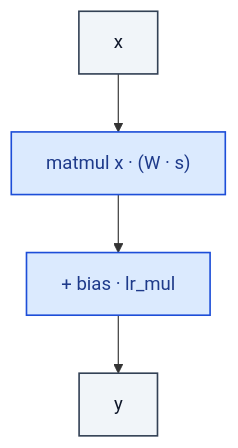
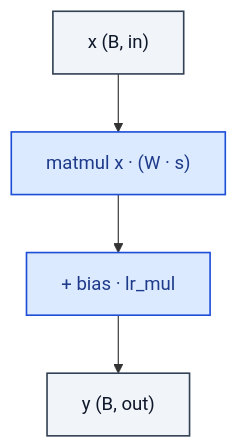
One commit to RealityShifts/Srivastava-book-of-Blocks-diagrams changed the diagram in gan/EqualLinear.md. Above: the diagram before and after it, drawn with Mermaid. The commit also changed 123 other files, not shown here.

````diff
--- a/gan/EqualLinear.md
+++ b/gan/EqualLinear.md
@@ -7,19 +7,20 @@
 ```mermaid
 flowchart TD
-    n0_0["x"]:::io
+    n0_0["x  (B, in)"]:::io
     n1_0["matmul  x · (W · s)"]:::op
     n2_0["+ bias · lr_mul"]:::op
-    n3_0["y"]:::io
+    n3_0["y  (B, out)"]:::io
     n0_0 --> n1_0
     n1_0 --> n2_0
     n2_0 --> n3_0
     classDef io fill:#f1f5f9,stroke:#334155,stroke-width:1.4px,color:#0f172a
     classDef op fill:#dbeafe,stroke:#1d4ed8,stroke-width:1.4px,color:#1e3a8a
     classDef norm fill:#dcfce7,stroke:#15803d,stroke-width:1.4px,color:#14532d
     classDef act fill:#ffedd5,stroke:#c2410c,stroke-width:1.4px,color:#7c2d12
     classDef attn fill:#ede9fe,stroke:#6d28d9,stroke-width:1.4px,color:#4c1d95
     classDef merge fill:#fef3c7,stroke:#b45309,stroke-width:1.4px,color:#78350f
     classDef emb fill:#fef9c3,stroke:#a16207,stroke-width:1.4px,color:#713f12
     classDef loss fill:#fee2e2,stroke:#b91c1c,stroke-width:1.4px,color:#7f1d1d
     classDef ctrl fill:#f5f5f4,stroke:#52525b,stroke-width:1.4px,color:#27272a
+    classDef ref fill:#e0f2fe,stroke:#0369a1,stroke-width:2px,color:#0c4a6e,stroke-dasharray: 4 2
 ```
````
